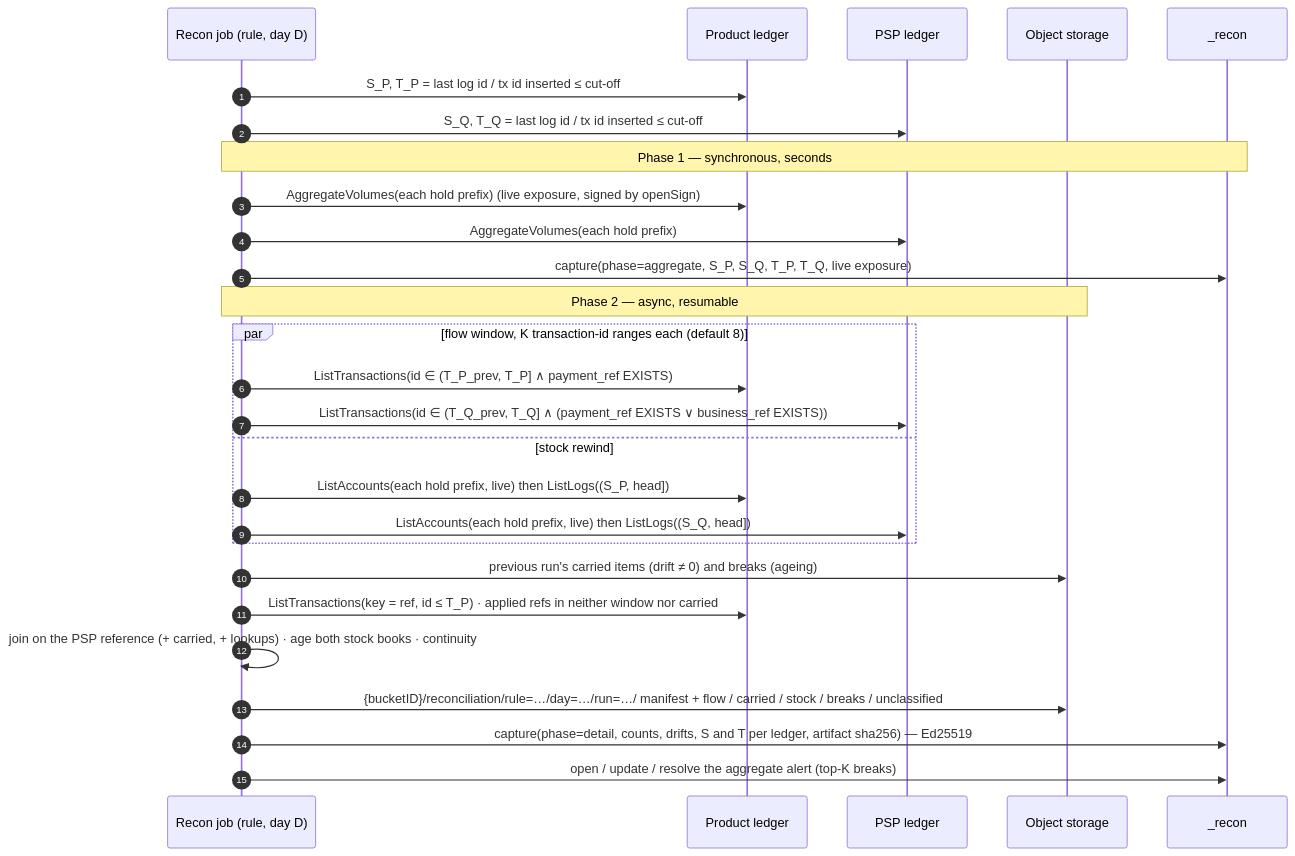
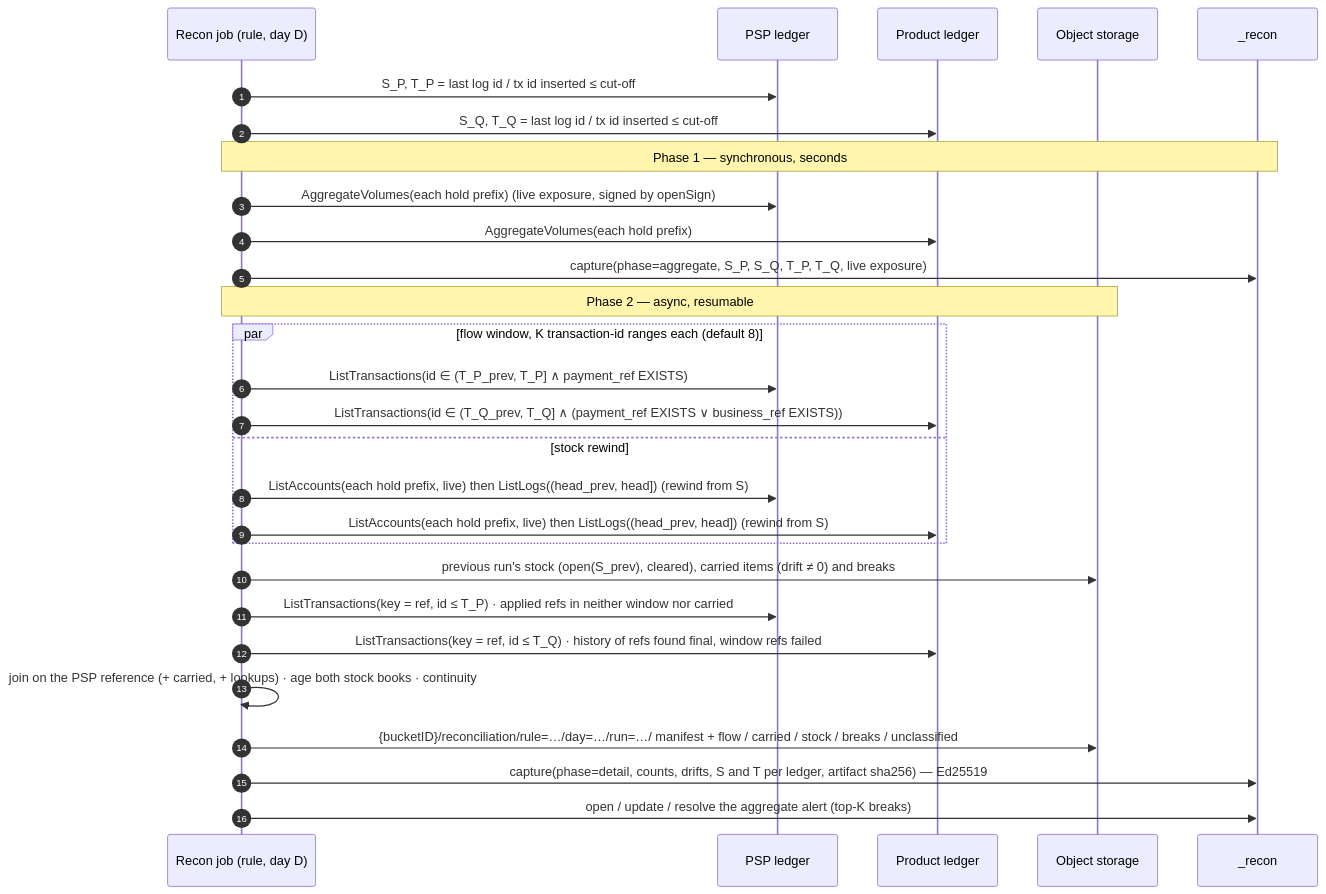
One commit to formancehq/reconciliation changed the second of 2 diagrams in docs/technical/transaction-level-reconciliation.md. Above: the diagram before and after it, drawn with Mermaid. The commit also changed other lines of this file and 2 other files, not shown here.

````diff
--- a/docs/technical/transaction-level-reconciliation.md
+++ b/docs/technical/transaction-level-reconciliation.md
@@ -190,30 +193,31 @@
 ```mermaid
 sequenceDiagram
     autonumber
     participant J as Recon job (rule, day D)
-    participant P as Product ledger
-    participant Q as PSP ledger
+    participant P as PSP ledger
+    participant Q as Product ledger
     participant O as Object storage
     participant C as _recon
 
     J->>P: S_P, T_P = last log id / tx id inserted ≤ cut-off
     J->>Q: S_Q, T_Q = last log id / tx id inserted ≤ cut-off
     Note over J,C: Phase 1 — synchronous, seconds
     J->>P: AggregateVolumes(each hold prefix)  (live exposure, signed by openSign)
     J->>Q: AggregateVolumes(each hold prefix)
     J->>C: capture(phase=aggregate, S_P, S_Q, T_P, T_Q, live exposure)
     Note over J,O: Phase 2 — async, resumable
     par flow window, K transaction-id ranges each (default 8)
         J->>P: ListTransactions(id ∈ (T_P_prev, T_P] ∧ payment_ref EXISTS)
         J->>Q: ListTransactions(id ∈ (T_Q_prev, T_Q] ∧ (payment_ref EXISTS ∨ business_ref EXISTS))
     and stock rewind
-        J->>P: ListAccounts(each hold prefix, live) then ListLogs((S_P, head])
-        J->>Q: ListAccounts(each hold prefix, live) then ListLogs((S_Q, head])
+        J->>P: ListAccounts(each hold prefix, live) then ListLogs((head_prev, head]) (rewind from S)
+        J->>Q: ListAccounts(each hold prefix, live) then ListLogs((head_prev, head]) (rewind from S)
     end
-    J->>O: previous run's carried items (drift ≠ 0) and breaks (ageing)
+    J->>O: previous run's stock (open(S_prev), cleared), carried items (drift ≠ 0) and breaks
     J->>P: ListTransactions(key = ref, id ≤ T_P) · applied refs in neither window nor carried
+    J->>Q: ListTransactions(key = ref, id ≤ T_Q) · history of refs found final, window refs failed
     J->>J: join on the PSP reference (+ carried, + lookups) · age both stock books · continuity
     J->>O: {bucketID}/reconciliation/rule=…/day=…/run=…/ manifest + flow / carried / stock / breaks / unclassified
     J->>C: capture(phase=detail, counts, drifts, S and T per ledger, artifact sha256) — Ed25519
     J->>C: open / update / resolve the aggregate alert (top-K breaks)
 ```
````
